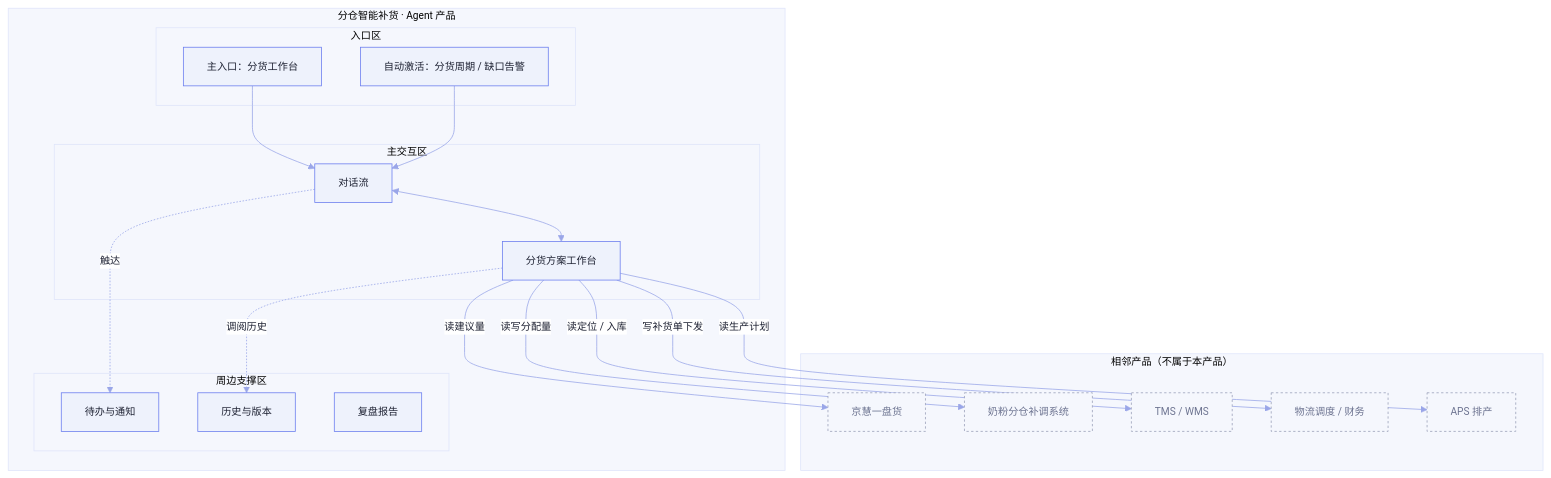
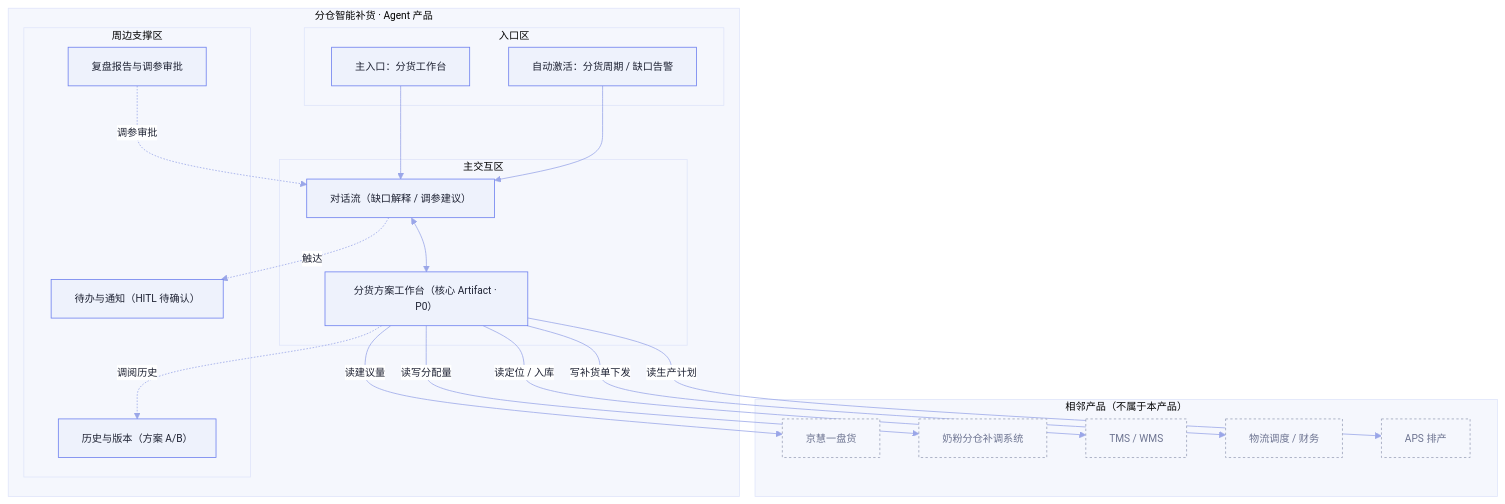
The diagram in X奶粉-分仓补货/分仓智能补货/X奶粉-分仓智能补货-Agent产品方案.md (jkang/FDE-Toolkit), drawn with Mermaid before and after one commit. The commit also changed other lines of this file and 35 other files, not shown here.

````diff
--- a/X奶粉-分仓补货/分仓智能补货/X奶粉-分仓智能补货-Agent产品方案.md
+++ b/X奶粉-分仓补货/分仓智能补货/X奶粉-分仓智能补货-Agent产品方案.md
@@ -46,38 +46,39 @@
 ```mermaid
 %%{init: {"theme":"base","themeVariables":{"fontFamily":"-apple-system, PingFang SC, Microsoft YaHei, sans-serif","fontSize":"13px","primaryColor":"#eef2fc","primaryBorderColor":"#6b7eef","primaryTextColor":"#1e2233","lineColor":"#9aa6e8","clusterBkg":"#f5f7fd","clusterBorder":"#dfe5fa","tertiaryColor":"#ffffff","edgeLabelBackground":"#ffffff"}}}%%
 flowchart TB
     subgraph 相邻产品["相邻产品（不属于本产品）"]
         EXT1["京慧一盘货"]
         EXT2["奶粉分仓补调系统"]
         EXT3["TMS / WMS"]
         EXT4["物流调度 / 财务"]
         EXT5["APS 排产"]
     end
     subgraph 产品本体["分仓智能补货 · Agent 产品"]
         subgraph 入口区["入口区"]
             E1["主入口：分货工作台"]
             E2["自动激活：分货周期 / 缺口告警"]
         end
         subgraph 主交互区["主交互区"]
-            M1["对话流"]
-            M2["分货方案工作台"]
+            M1["对话流（缺口解释 / 调参建议）"]
+            M2["分货方案工作台（核心 Artifact · P0）"]
         end
         subgraph 周边支撑区["周边支撑区"]
-            S1["待办与通知"]
-            S2["历史与版本"]
-            S3["复盘报告"]
+            S1["待办与通知（HITL 待确认）"]
+            S2["历史与版本（方案 A/B）"]
+            S3["复盘报告与调参审批"]
         end
     end
     E1 --> M1
     E2 --> M1
     M1 <--> M2
     M1 -.触达.-> S1
     M2 -.调阅历史.-> S2
+    S3 -.调参审批.-> M1
     M2 -- 读建议量 --> EXT1
     M2 -- 读写分配量 --> EXT2
     M2 -- 读定位 / 入库 --> EXT3
     M2 -- 写补货单下发 --> EXT4
     M2 -- 读生产计划 --> EXT5
     classDef extern fill:#f5f7fd,stroke:#9aa0b8,stroke-width:1px,color:#6c7390,stroke-dasharray:3;
     class EXT1,EXT2,EXT3,EXT4,EXT5 extern
 ```
````
